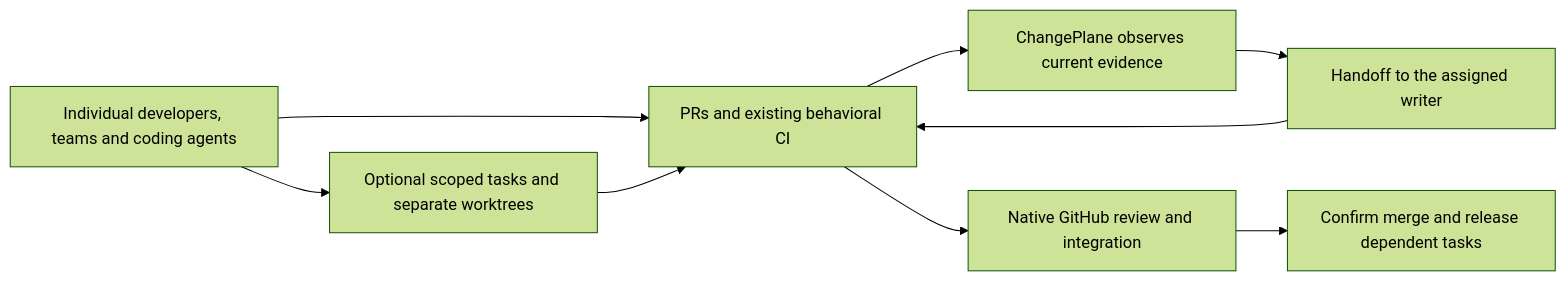
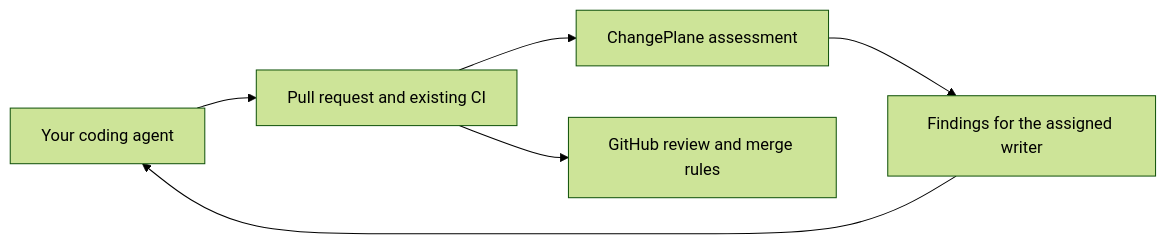
One commit to LeChiffreVol2/changeplane changed the diagram in README.md. Above: the diagram before and after it, drawn with Mermaid (forest theme). The commit also changed other lines of this file and 6 other files, not shown here.

````diff
--- a/README.md
+++ b/README.md
@@ -56,11 +85,8 @@
 ```mermaid
 flowchart LR
-  A[Individual developers, teams and coding agents] --> C[PRs and existing behavioral CI]
-  A --> B[Optional scoped tasks and separate worktrees]
-  B --> C
-  C --> D[ChangePlane observes current evidence]
-  D --> E[Handoff to the assigned writer]
-  E --> C
-  C --> F[Native GitHub review and integration]
-  F --> G[Confirm merge and release dependent tasks]
+  A[Your coding agent] --> B[Pull request and existing CI]
+  B --> C[ChangePlane assessment]
+  C --> D[Findings for the assigned writer]
+  D --> A
+  B --> E[GitHub review and merge rules]
 ```
````
